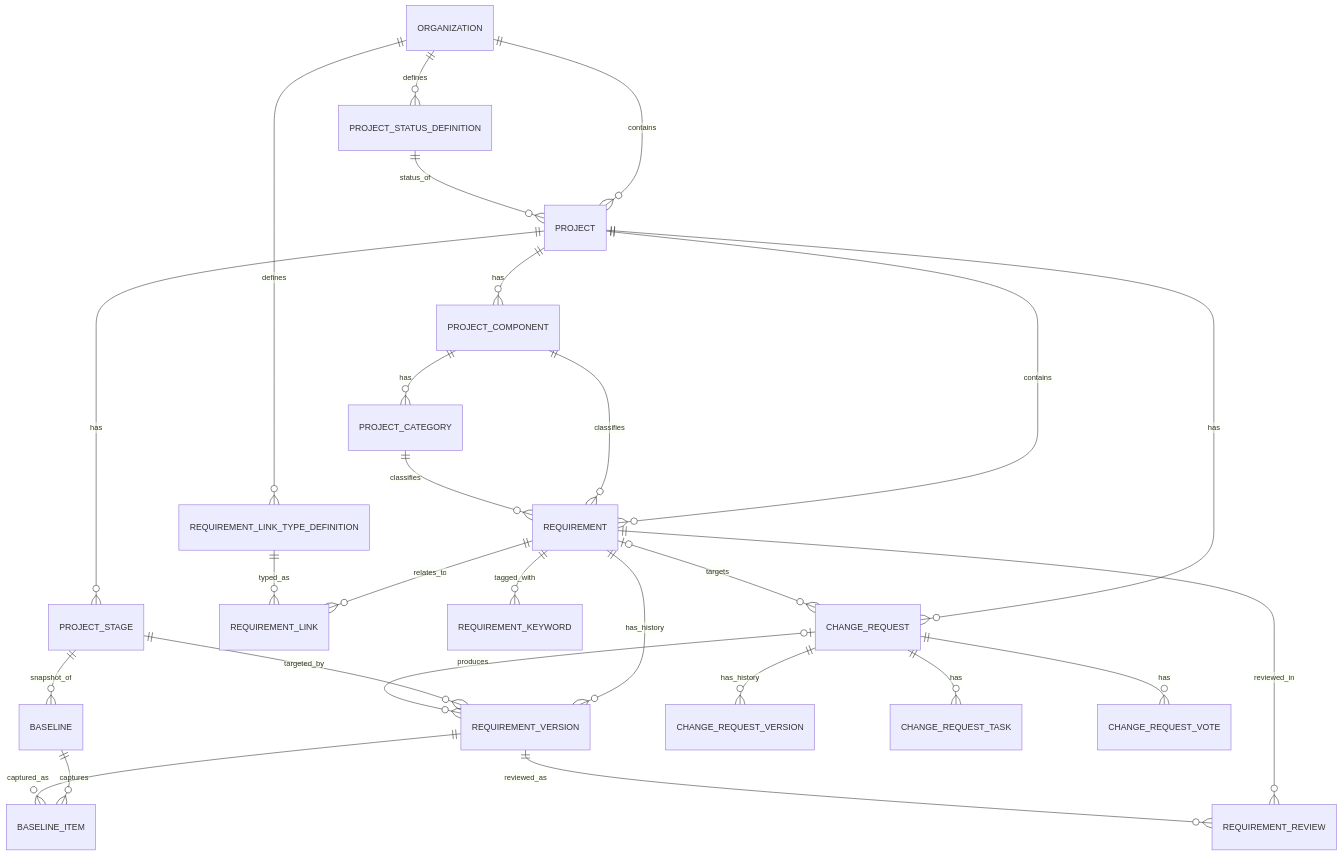
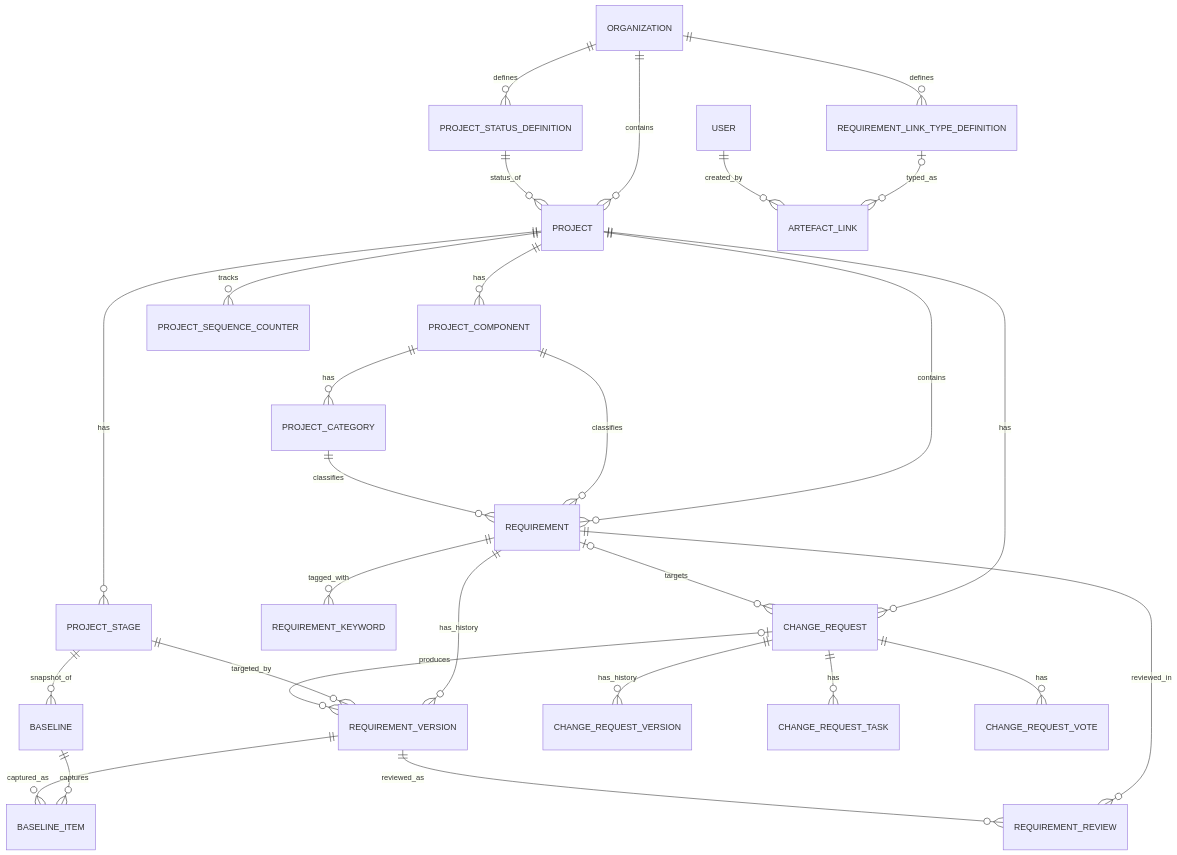
The fifth of 9 diagrams in docs/solution-architecture.md (ballardr/reqtrackmanager), drawn with Mermaid before and after one commit. The commit also changed other lines of this file and 38 other files, not shown here.

````diff
--- a/docs/solution-architecture.md
+++ b/docs/solution-architecture.md
@@ -393,29 +391,30 @@
 ```mermaid
 erDiagram
     ORGANIZATION ||--o{ PROJECT : contains
     ORGANIZATION ||--o{ PROJECT_STATUS_DEFINITION : defines
     PROJECT_STATUS_DEFINITION ||--o{ PROJECT : status_of
     PROJECT ||--o{ PROJECT_STAGE : has
     PROJECT ||--o{ PROJECT_COMPONENT : has
     PROJECT_COMPONENT ||--o{ PROJECT_CATEGORY : has
     PROJECT ||--o{ REQUIREMENT : contains
     PROJECT_COMPONENT ||--o{ REQUIREMENT : classifies
     PROJECT_CATEGORY ||--o{ REQUIREMENT : classifies
     REQUIREMENT ||--o{ REQUIREMENT_VERSION : has_history
     PROJECT_STAGE ||--o{ REQUIREMENT_VERSION : targeted_by
-    REQUIREMENT ||--o{ REQUIREMENT_LINK : relates_to
     ORGANIZATION ||--o{ REQUIREMENT_LINK_TYPE_DEFINITION : defines
-    REQUIREMENT_LINK_TYPE_DEFINITION ||--o{ REQUIREMENT_LINK : typed_as
+    REQUIREMENT_LINK_TYPE_DEFINITION |o--o{ ARTEFACT_LINK : typed_as
+    USER ||--o{ ARTEFACT_LINK : created_by
+    PROJECT ||--o{ PROJECT_SEQUENCE_COUNTER : tracks
     REQUIREMENT ||--o{ REQUIREMENT_KEYWORD : tagged_with
     REQUIREMENT ||--o{ REQUIREMENT_REVIEW : reviewed_in
     REQUIREMENT_VERSION ||--o{ REQUIREMENT_REVIEW : reviewed_as
     PROJECT_STAGE ||--o{ BASELINE : snapshot_of
     BASELINE ||--o{ BASELINE_ITEM : captures
     REQUIREMENT_VERSION ||--o{ BASELINE_ITEM : captured_as
     PROJECT ||--o{ CHANGE_REQUEST : has
     REQUIREMENT |o--o{ CHANGE_REQUEST : targets
     CHANGE_REQUEST ||--o{ CHANGE_REQUEST_VERSION : has_history
     CHANGE_REQUEST ||--o{ CHANGE_REQUEST_TASK : has
     CHANGE_REQUEST ||--o{ CHANGE_REQUEST_VOTE : has
     CHANGE_REQUEST |o--o{ REQUIREMENT_VERSION : produces
 ```
````
